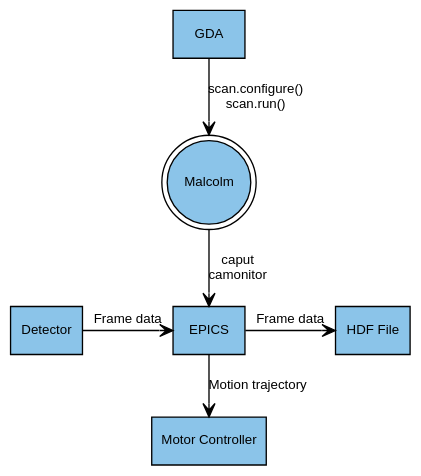
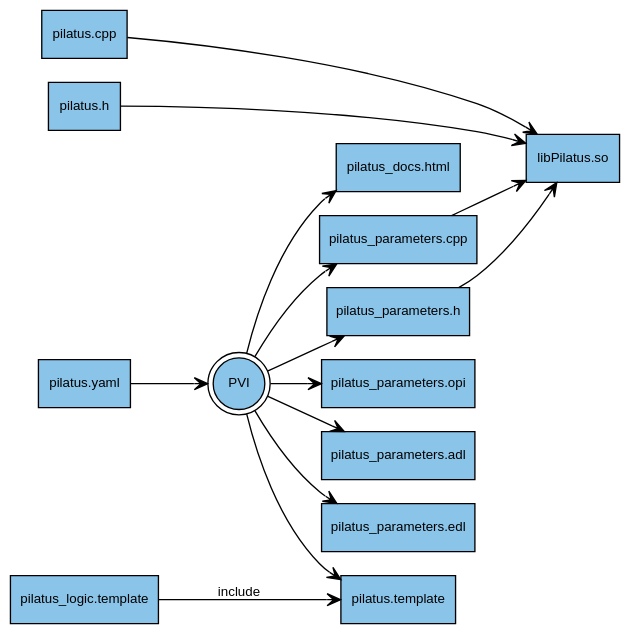
One commit to epics-containers/pvi changed the diagram in docs/index.rst. Above: the diagram before and after it, drawn with Graphviz. The commit also changed other lines of this file and 1 other file, not shown here.

```diff
--- a/docs/index.rst
+++ b/docs/index.rst
@@ -19,15 +19,28 @@
-.. digraph:: malcolm_dls_usage
+.. digraph:: pvi_flowchart
 
     bgcolor=transparent
+    rankdir=LR
     node [fontname=Arial fontsize=10 shape=box style=filled fillcolor="#8BC4E9"]
     edge [fontname=Arial fontsize=10 arrowhead=vee]
 
-    {rank=same;Detector EPICS "HDF File"}
+    {   rank=same;
+        "pilatus.yaml"
+        "pilatus_logic.template"
+        "pilatus.cpp"
+        "pilatus.h"
+    }
 
-    Malcolm [shape=doublecircle]
-
-    GDA -> Malcolm [label="scan.configure()\nscan.run()"]
-    Malcolm -> EPICS [label="caput\ncamonitor"]
-    Detector -> EPICS [label="Frame data"]
-    EPICS -> "HDF File" [label="Frame data"]
-    EPICS -> "Motor Controller" [label="Motion trajectory"]
+    PVI [shape=doublecircle]
+    "pilatus.yaml" -> PVI
+    PVI -> "pilatus_parameters.cpp"
+    PVI -> "pilatus_parameters.h"
+    PVI -> "pilatus.template"
+    PVI -> "pilatus_parameters.opi"
+    PVI -> "pilatus_parameters.adl"
+    PVI -> "pilatus_parameters.edl"
+    PVI -> "pilatus_docs.html"
+    "pilatus_logic.template" -> "pilatus.template" [label="include"]
+    "pilatus_parameters.cpp" -> "libPilatus.so"
+    "pilatus_parameters.h" -> "libPilatus.so"
+    "pilatus.cpp" -> "libPilatus.so"
+    "pilatus.h" -> "libPilatus.so"
```
